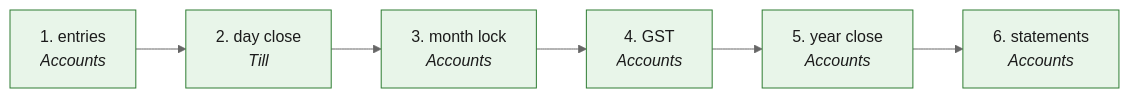
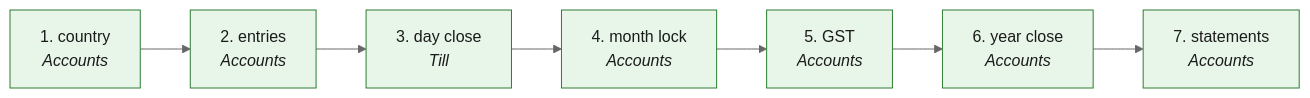
Before and after one commit to maharishia07/chitbridge-web: the diagram in docs/process/R2R.md, drawn with Mermaid (neutral theme). The commit also changed other lines of this file and 4 other files, not shown here.

````diff
--- a/docs/process/R2R.md
+++ b/docs/process/R2R.md
@@ -7,14 +7,15 @@
 ```mermaid
 flowchart LR
-  S1["1. entries<br/><i>Accounts</i>"]
-  S2["2. day close<br/><i>Till</i>"]
-  S3["3. month lock<br/><i>Accounts</i>"]
-  S4["4. GST<br/><i>Accounts</i>"]
-  S5["5. year close<br/><i>Accounts</i>"]
-  S6["6. statements<br/><i>Accounts</i>"]
-  S1 --> S2 --> S3 --> S4 --> S5 --> S6
+  S1["1. country<br/><i>Accounts</i>"]
+  S2["2. entries<br/><i>Accounts</i>"]
+  S3["3. day close<br/><i>Till</i>"]
+  S4["4. month lock<br/><i>Accounts</i>"]
+  S5["5. GST<br/><i>Accounts</i>"]
+  S6["6. year close<br/><i>Accounts</i>"]
+  S7["7. statements<br/><i>Accounts</i>"]
+  S1 --> S2 --> S3 --> S4 --> S5 --> S6 --> S7
   classDef ok fill:#e8f5e9,stroke:#2e7d32,color:#1b1b1b
   classDef warn fill:#fff8e1,stroke:#f9a825,color:#1b1b1b
   classDef missing fill:#fafafa,stroke:#9e9e9e,stroke-dasharray:5 5,color:#616161
-  class S1,S2,S3,S4,S5,S6 ok
+  class S1,S2,S3,S4,S5,S6,S7 ok
 ```
````
